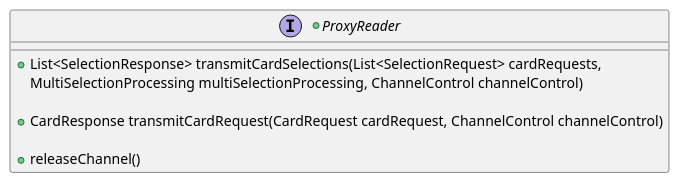
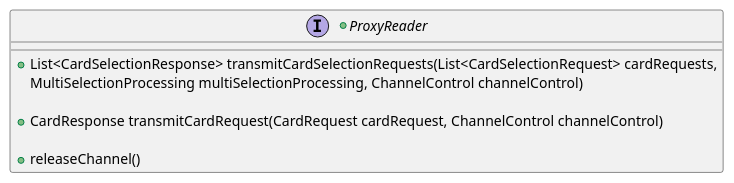
One commit to calypsonet/keyple changed the second of 7 diagrams in src/KeypleCoreApi/puml/KeypleCore_Card_ClassDiag_ClassElements.iuml. Above: the diagram before and after it, drawn with PlantUML. The commit also changed other lines of this file and 2 other files, not shown here.

Commit message:
Rename SelectionRequest

```diff
--- a/src/KeypleCoreApi/puml/KeypleCore_Card_ClassDiag_ClassElements.iuml
+++ b/src/KeypleCoreApi/puml/KeypleCore_Card_ClassDiag_ClassElements.iuml
@@ -21,10 +21,10 @@
 @startuml(id=CARD_PROXYREADER_1_0_0)
 +interface ProxyReader {
-  +List<SelectionResponse> transmitCardSelections(List<SelectionRequest> cardRequests,
+  +List<CardSelectionResponse> transmitCardSelectionRequests(List<CardSelectionRequest> cardRequests,
     MultiSelectionProcessing multiSelectionProcessing, ChannelControl channelControl)
 
   +CardResponse transmitCardRequest(CardRequest cardRequest, ChannelControl channelControl)
 
   +releaseChannel()
 }
 @enduml
```
